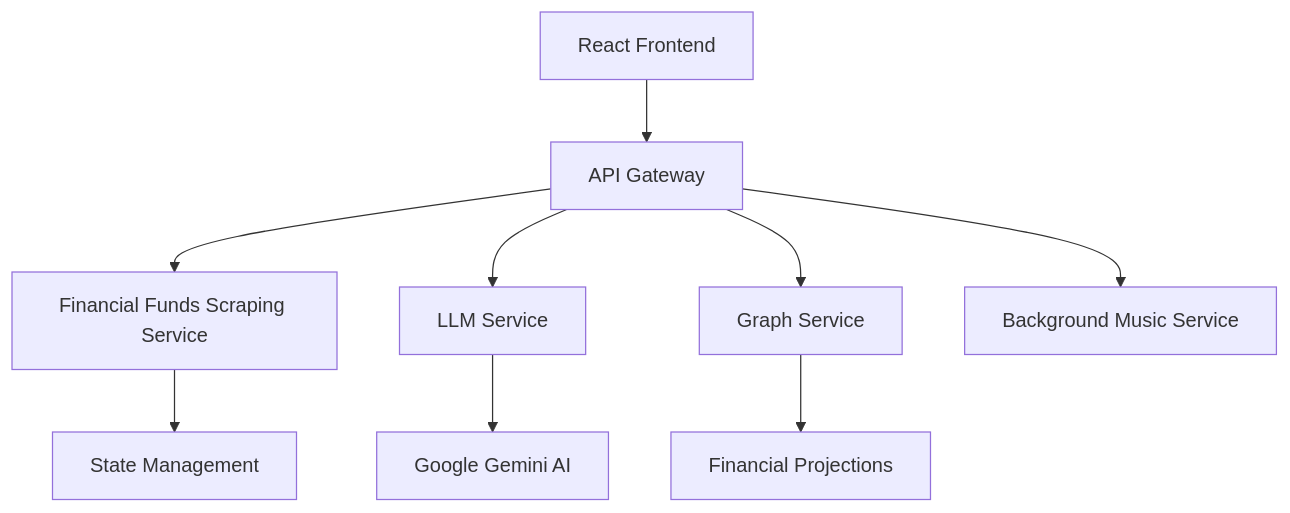
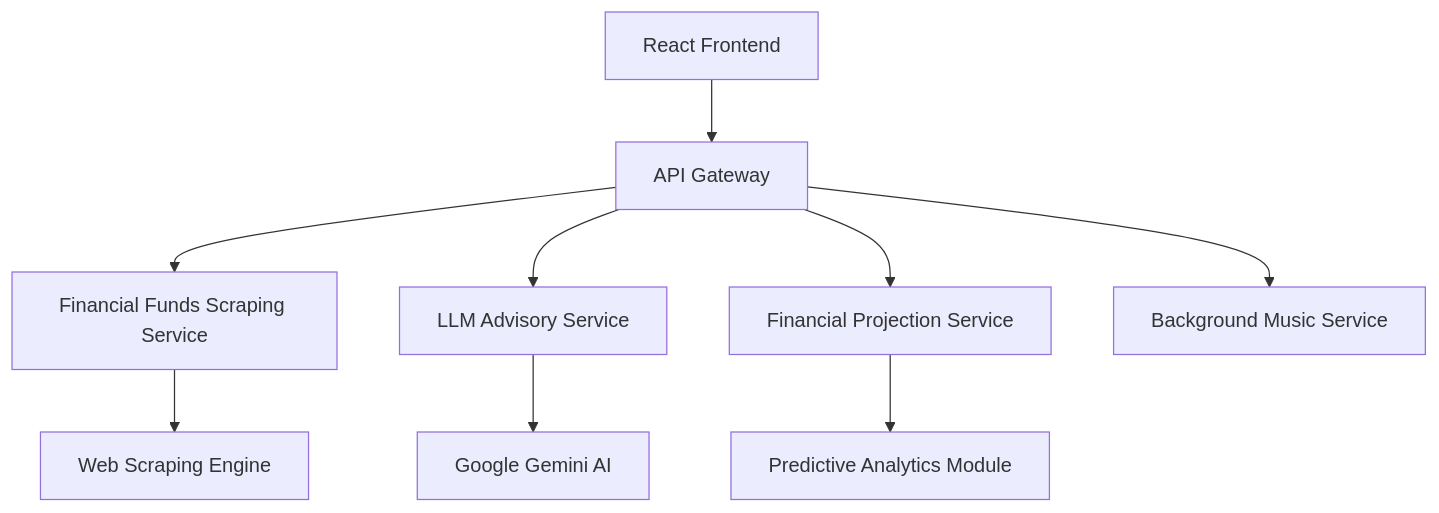
Before and after one commit to EASS-HIT-PART-A-2024-CLASS-VI/AllFunds_AG: the diagram in README.md, drawn with Mermaid. The commit also changed other lines of this file, not shown here.

````diff
--- a/README.md
+++ b/README.md
@@ -14,11 +13,11 @@
 ```mermaid
 graph TD
     A[React Frontend] --> B[API Gateway]
     B --> C[Financial Funds Scraping Service]
-    B --> D[LLM Service]
-    B --> E[Graph Service]
-    B --> I[Background Music Service]
-    C --> F[State Management]
-    D --> G[Google Gemini AI]
-    E --> H[Financial Projections]
+    B --> D[LLM Advisory Service]
+    B --> E[Financial Projection Service]
+    B --> F[Background Music Service]
+    C --> G[Web Scraping Engine]
+    D --> H[Google Gemini AI]
+    E --> I[Predictive Analytics Module]
 ```
````
